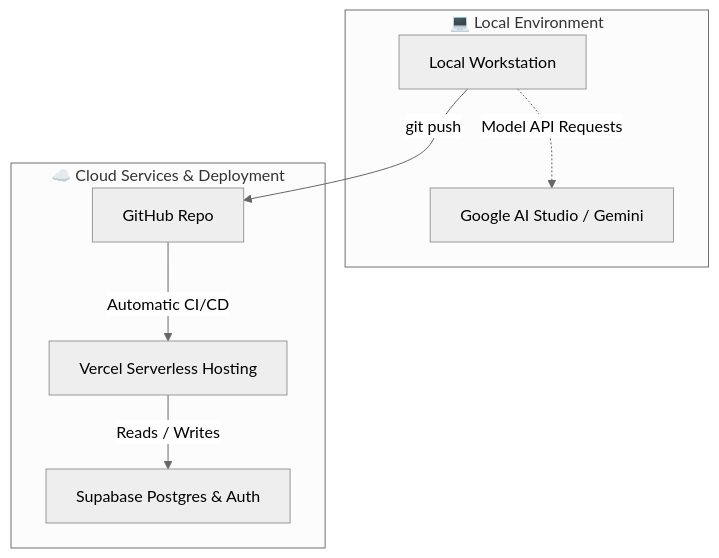
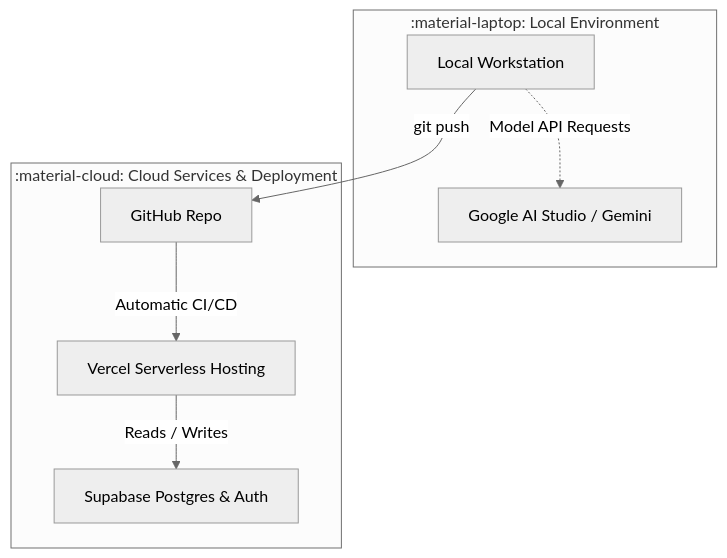
One commit to Karang1908/vibecoding changed the diagram in docs/pre-workshop/02-account-provisioning.md. Above: the diagram before and after it, drawn with Mermaid (neutral theme). The commit also changed 28 other files, not shown here.

````diff
--- a/docs/pre-workshop/02-account-provisioning.md
+++ b/docs/pre-workshop/02-account-provisioning.md
@@ -18,18 +18,18 @@
 ```mermaid
 flowchart TD
-    subgraph Local ["💻 Local Environment"]
+    subgraph Local [":material-laptop: Local Environment"]
         A["Local Workstation"]
         E["Google AI Studio / Gemini"]
         A -.->|"Model API Requests"| E
     end
 
-    subgraph Cloud ["☁️ Cloud Services & Deployment"]
+    subgraph Cloud [":material-cloud: Cloud Services & Deployment"]
         B["GitHub Repo"]
         C["Vercel Serverless Hosting"]
         D["Supabase Postgres & Auth"]
         B -->|"Automatic CI/CD"| C
         C -->|"Reads / Writes"| D
     end
 
     A -->|"git push"| B
 ```
````
